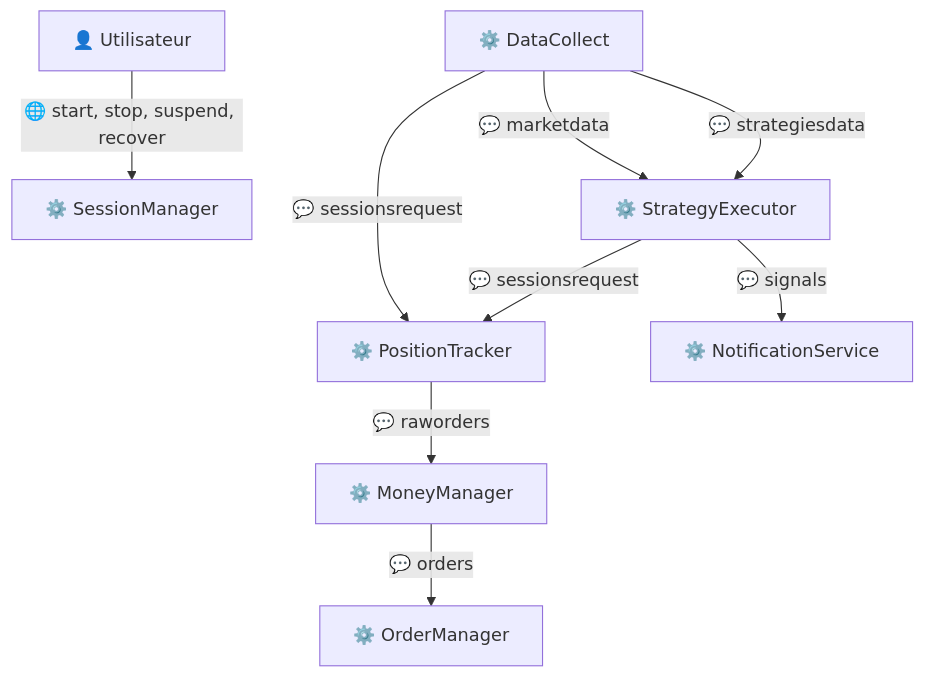
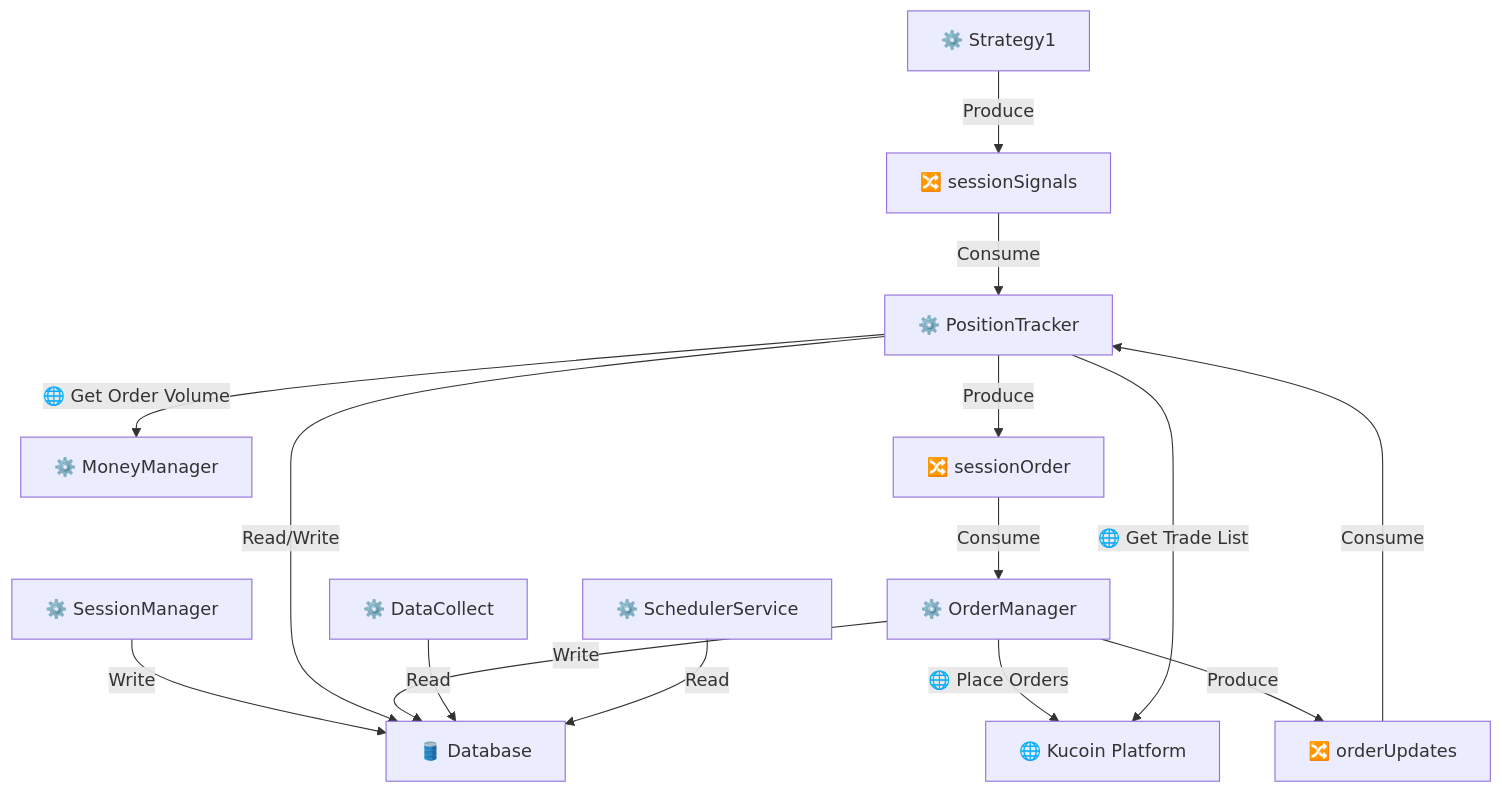
One commit to dsissoko/r3edge-engine-docs changed the first of 5 diagrams in docs/services-backend.md. Above: the diagram before and after it, drawn with Mermaid. The commit also changed other lines of this file, not shown here.

````diff
--- a/docs/services-backend.md
+++ b/docs/services-backend.md
@@ -48,12 +48,42 @@
 ```mermaid
-graph TB
-  User["👤 Utilisateur"] -->|🌐 start, stop, suspend, recover | SM["⚙️ SessionManager"]
-  DC["⚙️ DataCollect"] -->|💬 marketdata | SE["⚙️ StrategyExecutor"]
-  DC -->|💬 strategiesdata | SE
-  DC -->|💬 sessionsrequest | PT["⚙️ PositionTracker"]
-  SE -->|💬 sessionsrequest | PT
-  SE -->|💬 signals | NS["⚙️ NotificationService"]
-  PT -->|💬 raworders | MM["⚙️ MoneyManager"]
-  MM -->|💬 orders | OM["⚙️ OrderManager"]
+
+graph TD
+    %% Services
+    SM["⚙️ SessionManager"] 
+    S1["⚙️ Strategy1"]
+    DC["⚙️ DataCollect"]
+    SS["⚙️ SchedulerService"]
+    PT["⚙️ PositionTracker"]
+    MM["⚙️ MoneyManager"]
+    OM["⚙️ OrderManager"]
+    DB["🛢️ Database"]
+
+    %% Topics Kafka
+    TS["🔀 sessionSignals"]
+    TO["🔀 sessionOrder"]
+    TU["🔀 orderUpdates"]
+
+    %% Relations des services avec les topics
+    S1 -->|Produce| TS
+    TS -->|Consume| PT
+
+    PT -->|Produce| TO
+    TO -->|Consume| OM
+
+    OM -->|Produce| TU
+    TU -->|Consume| PT
+
+    %% Relations des services avec la base
+    SM -->|Write| DB
+    PT -->|Read/Write| DB
+    OM -->|Write| DB
+    DC -->|Read| DB
+    SS -->|Read| DB
+
+    %% API Interactions
+    PT -->|🌐 Get Order Volume| MM
+    OM -->|🌐 Place Orders| Kucoin["🌐 Kucoin Platform"]
+    PT -->|🌐 Get Trade List| Kucoin
+
 
 ```
````
